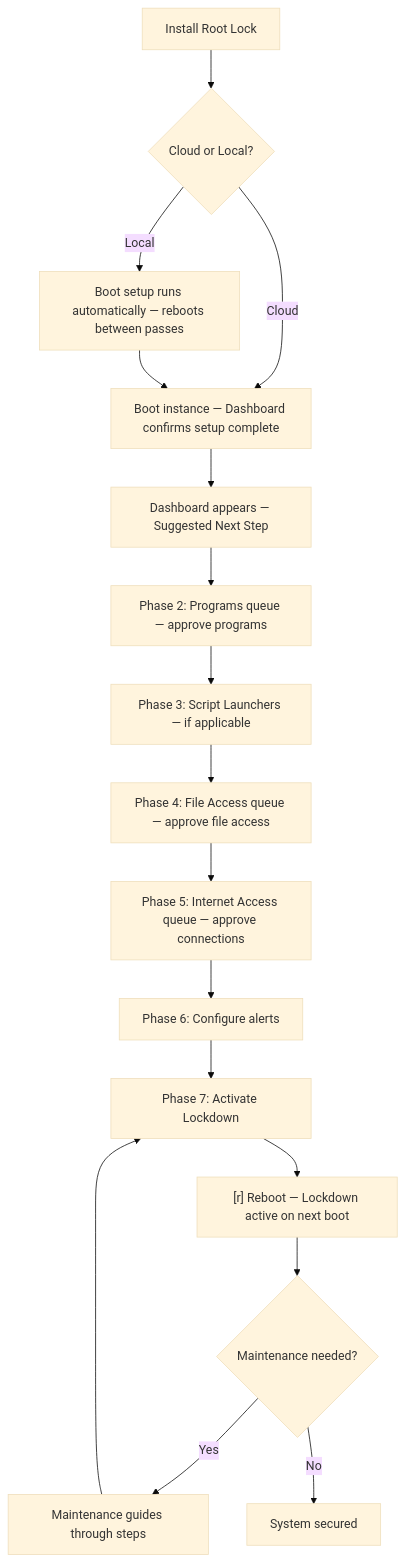
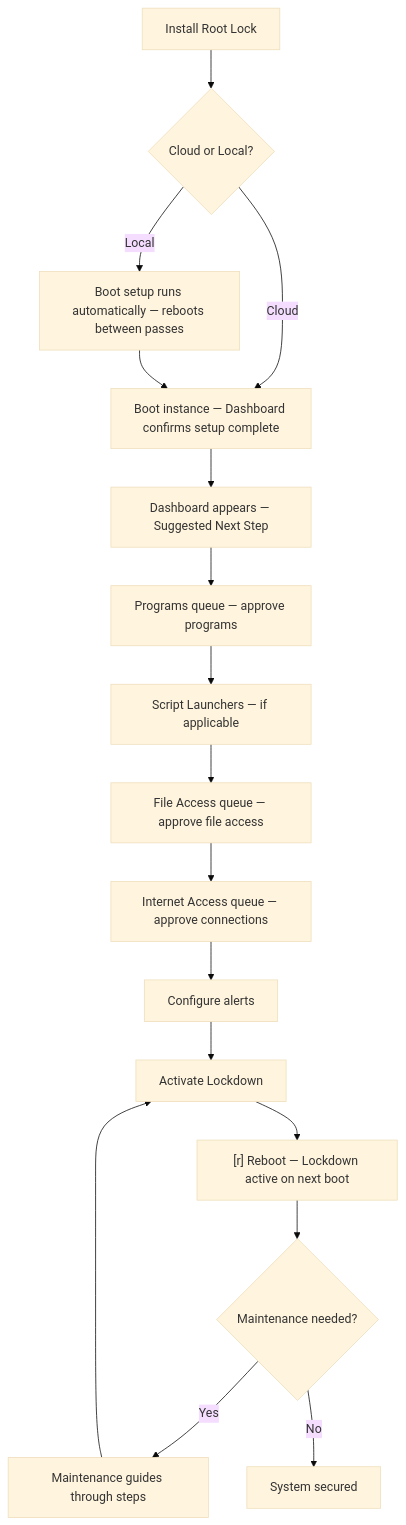
The diagram in content/en/docs/introduction/setup-overview/_index.md (HeartSecuritySuite/heartsuite-docs), drawn with Mermaid (base theme) before and after one commit. The commit also changed other lines of this file and 12 other files, not shown here.

````diff
--- a/content/en/docs/introduction/setup-overview/_index.md
+++ b/content/en/docs/introduction/setup-overview/_index.md
@@ -63,19 +65,19 @@
 ```mermaid
 graph TD
     A[Install Root Lock] --> B{Cloud or Local?}
     B -- Cloud --> C[Boot instance — Dashboard confirms setup complete]
     B -- Local --> D["Boot setup runs automatically — reboots between passes"]
     D --> C
     C --> E[Dashboard appears — Suggested Next Step]
-    E --> F["Phase 2: Programs queue — approve programs"]
-    F --> G["Phase 3: Script Launchers — if applicable"]
-    G --> H["Phase 4: File Access queue — approve file access"]
-    H --> I["Phase 5: Internet Access queue — approve connections"]
-    I --> J["Phase 6: Configure alerts"]
-    J --> K["Phase 7: Activate Lockdown"]
+    E --> F["Programs queue — approve programs"]
+    F --> G["Script Launchers — if applicable"]
+    G --> H["File Access queue — approve file access"]
+    H --> I["Internet Access queue — approve connections"]
+    I --> J["Configure alerts"]
+    J --> K["Activate Lockdown"]
     K --> L["[r] Reboot — Lockdown active on next boot"]
     L --> M{Maintenance needed?}
     M -- Yes --> N["Maintenance guides through steps"]
     N --> K
     M -- No --> O[System secured]
 ```
````
